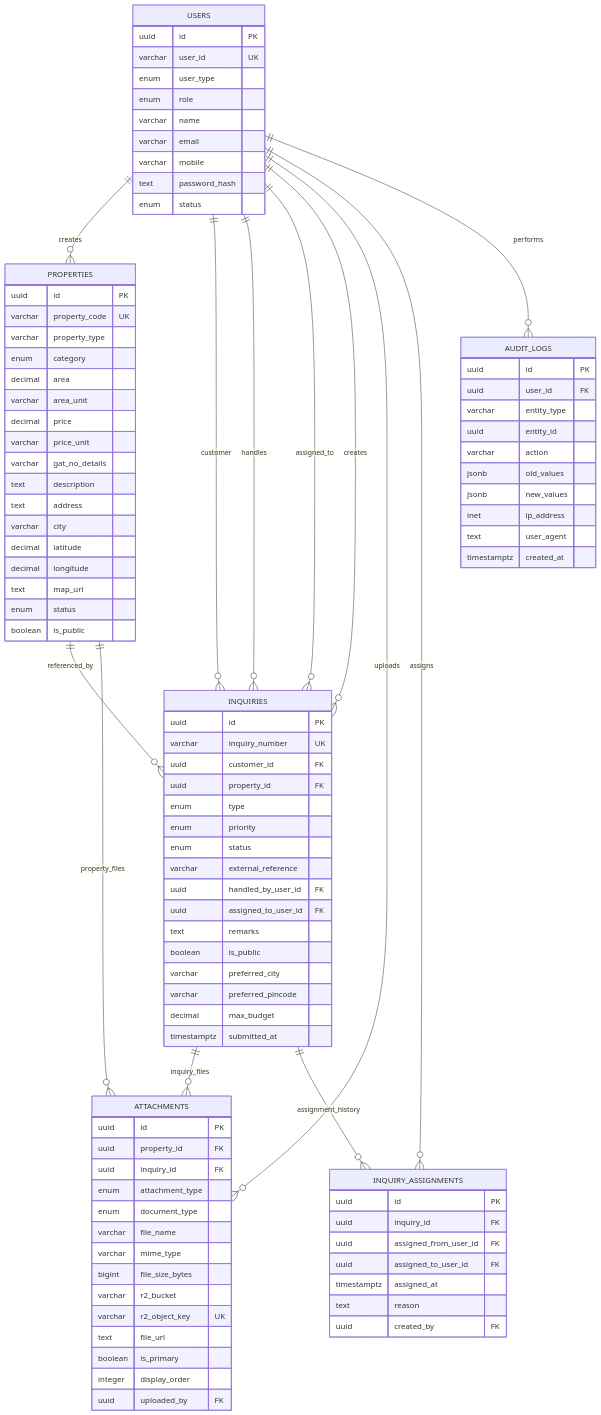
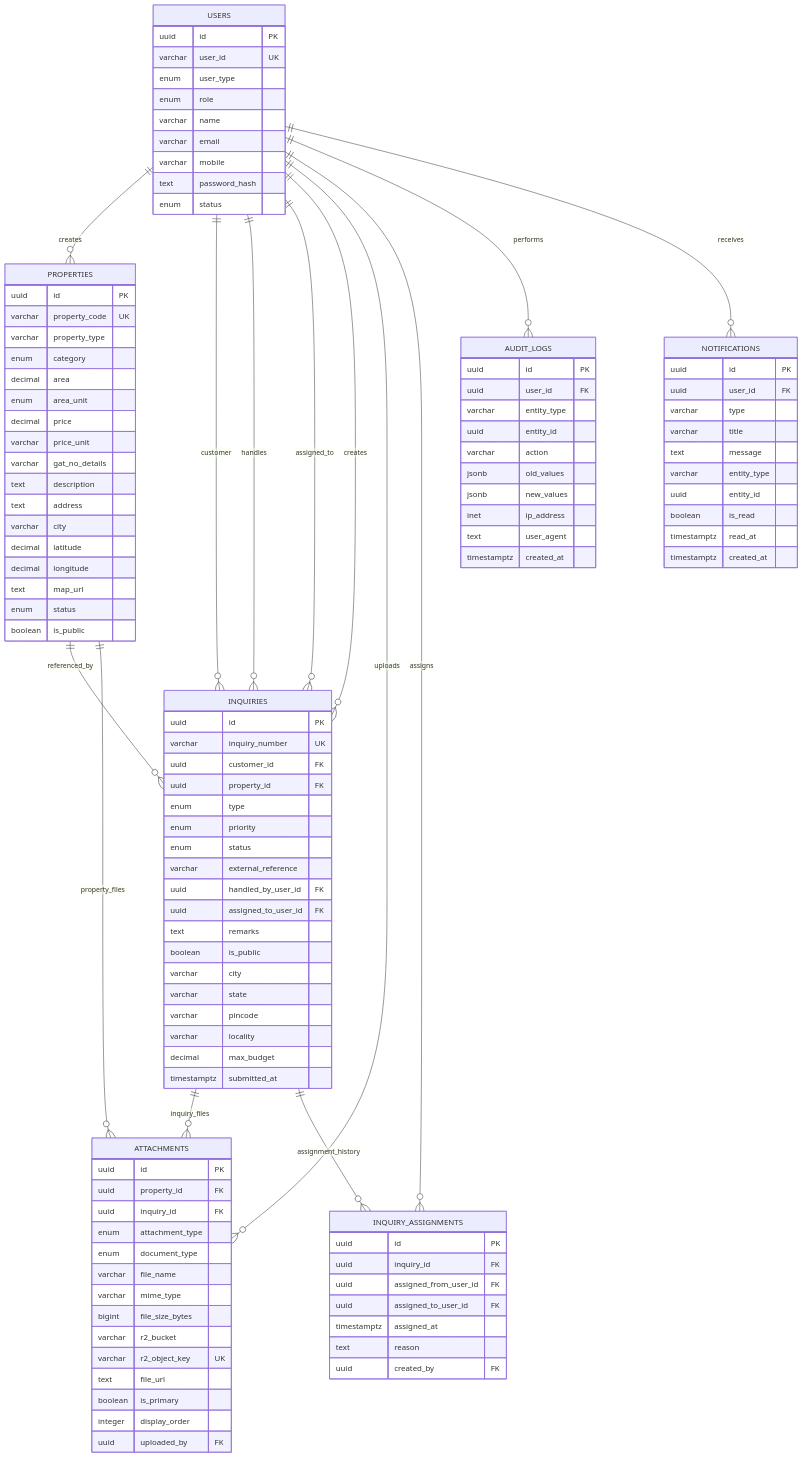
One commit to mangeshsalve/aryan-landmark-solutions changed the diagram in docs/database/erd.mmd. Above: the diagram before and after it, drawn with Mermaid. The commit also changed 62 other files, not shown here.

```diff
--- a/docs/database/erd.mmd
+++ b/docs/database/erd.mmd
@@ -1,110 +1,126 @@
 erDiagram
 
     USERS ||--o{ PROPERTIES : creates
     USERS ||--o{ INQUIRIES : customer
     USERS ||--o{ INQUIRIES : handles
     USERS ||--o{ INQUIRIES : assigned_to
     USERS ||--o{ INQUIRIES : creates
 
     PROPERTIES ||--o{ INQUIRIES : referenced_by
 
     PROPERTIES ||--o{ ATTACHMENTS : property_files
     INQUIRIES ||--o{ ATTACHMENTS : inquiry_files
 
     INQUIRIES ||--o{ INQUIRY_ASSIGNMENTS : assignment_history
 
     USERS ||--o{ ATTACHMENTS : uploads
     USERS ||--o{ INQUIRY_ASSIGNMENTS : assigns
 
     USERS ||--o{ AUDIT_LOGS : performs
+    USERS ||--o{ NOTIFICATIONS : receives
 
     USERS {
         uuid id PK
         varchar user_id UK
         enum user_type
         enum role
         varchar name
         varchar email
         varchar mobile
         text password_hash
         enum status
     }
 
     PROPERTIES {
         uuid id PK
         varchar property_code UK
         varchar property_type
         enum category
         decimal area
-        varchar area_unit
+        enum area_unit
         decimal price
         varchar price_unit
         varchar gat_no_details
         text description
         text address
         varchar city
         decimal latitude
         decimal longitude
         text map_url
         enum status
         boolean is_public
     }
 
     INQUIRIES {
         uuid id PK
         varchar inquiry_number UK
         uuid customer_id FK
         uuid property_id FK
         enum type
         enum priority
         enum status
         varchar external_reference
         uuid handled_by_user_id FK
         uuid assigned_to_user_id FK
         text remarks
         boolean is_public
-        varchar preferred_city
-        varchar preferred_pincode
+        varchar city
+        varchar state
+        varchar pincode
+        varchar locality
         decimal max_budget
         timestamptz submitted_at
     }
 
     ATTACHMENTS {
         uuid id PK
         uuid property_id FK
         uuid inquiry_id FK
         enum attachment_type
         enum document_type
         varchar file_name
         varchar mime_type
         bigint file_size_bytes
         varchar r2_bucket
         varchar r2_object_key UK
         text file_url
         boolean is_primary
         integer display_order
         uuid uploaded_by FK
     }
 
     INQUIRY_ASSIGNMENTS {
         uuid id PK
         uuid inquiry_id FK
         uuid assigned_from_user_id FK
         uuid assigned_to_user_id FK
         timestamptz assigned_at
         text reason
         uuid created_by FK
     }
 
+    NOTIFICATIONS {
+        uuid id PK
+        uuid user_id FK
+        varchar type
+        varchar title
+        text message
+        varchar entity_type
+        uuid entity_id
+        boolean is_read
+        timestamptz read_at
+        timestamptz created_at
+    }
+
     AUDIT_LOGS {
         uuid id PK
         uuid user_id FK
         varchar entity_type
         uuid entity_id
         varchar action
         jsonb old_values
         jsonb new_values
         inet ip_address
         text user_agent
         timestamptz created_at
     }
```
